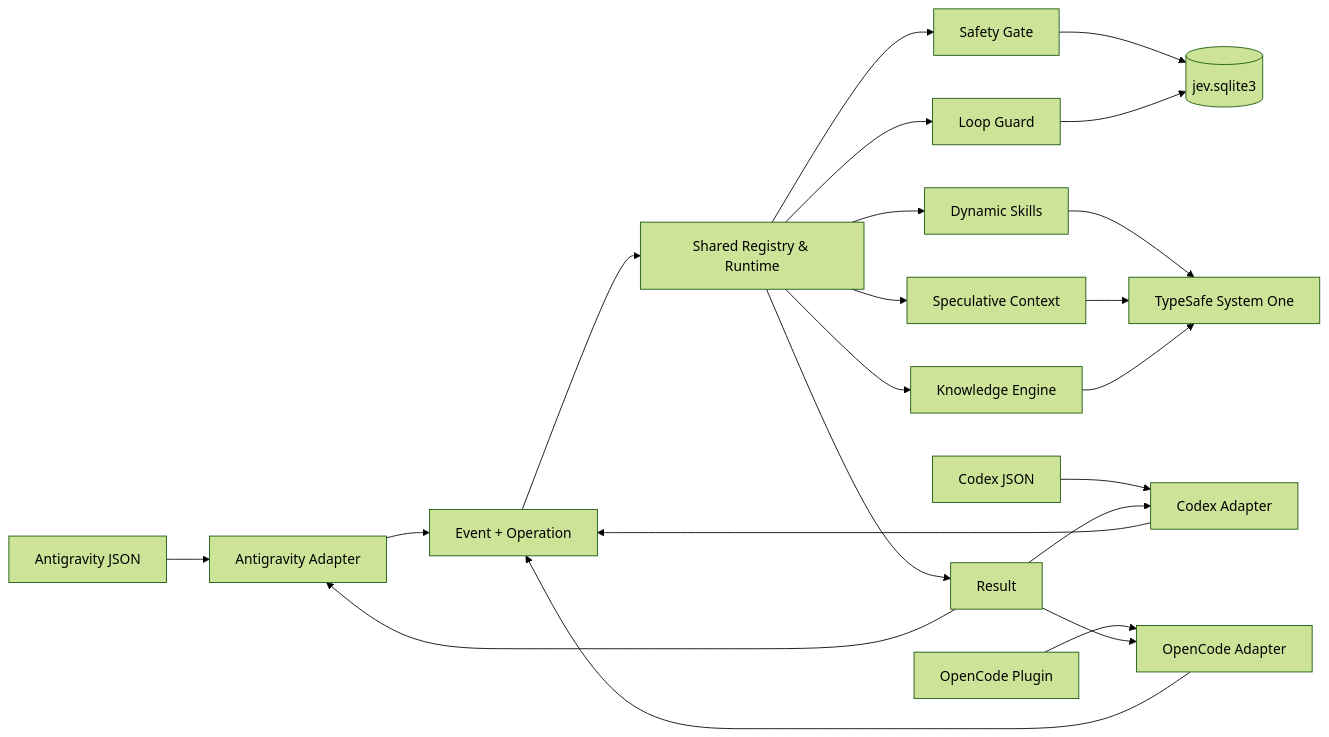
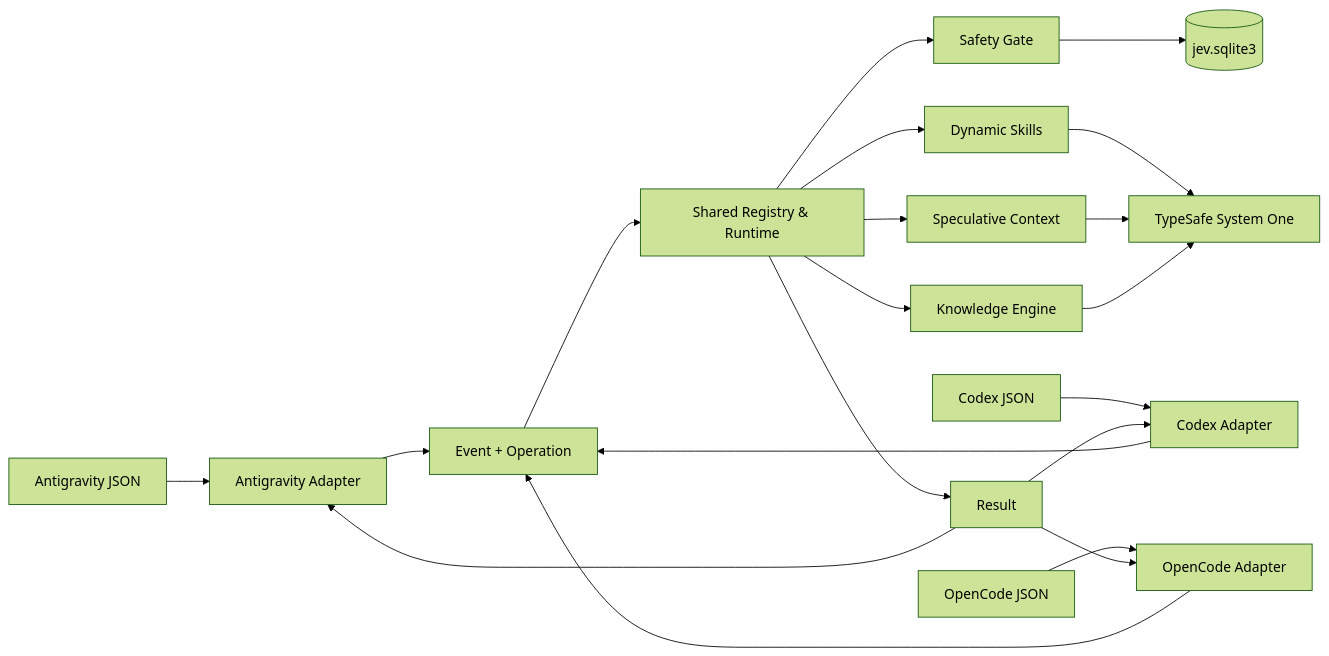
Before and after one commit to Ajasra/jev-hooks: the diagram in docs/ARCHITECTURE.md, drawn with Mermaid (forest theme). The commit also changed other lines of this file and 43 other files, not shown here.

Commit message:
feat(harness): integrate OpenCode harness, cross-platform acceptance, and harmonize multi-harness runtime

````diff
--- a/docs/ARCHITECTURE.md
+++ b/docs/ARCHITECTURE.md
@@ -15,24 +15,22 @@
 ```mermaid
 flowchart LR
     A[Antigravity JSON] --> AA[Antigravity Adapter]
     C[Codex JSON] --> CA[Codex Adapter]
-    OC[OpenCode Plugin] --> OA[OpenCode Adapter]
+    OC[OpenCode JSON] --> OA[OpenCode Adapter]
     AA --> E[Event + Operation]
     CA --> E
     OA --> E
     E --> R[Shared Registry & Runtime]
     R --> S[Safety Gate]
     R --> SK[Dynamic Skills]
     R --> P[Speculative Context]
     R --> K[Knowledge Engine]
-    R --> LG[Loop Guard]
     S --> DB[(jev.sqlite3)]
-    LG --> DB
     SK --> J[TypeSafe System One]
     P --> J
     K --> J
     R --> O[Result]
     O --> AA
     O --> CA
     O --> OA
 ```
````
